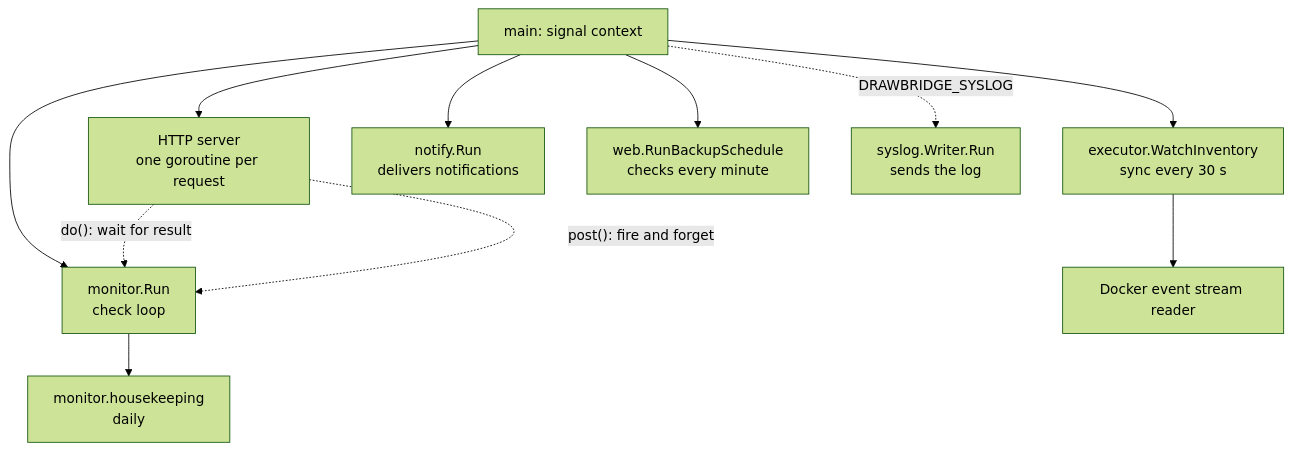
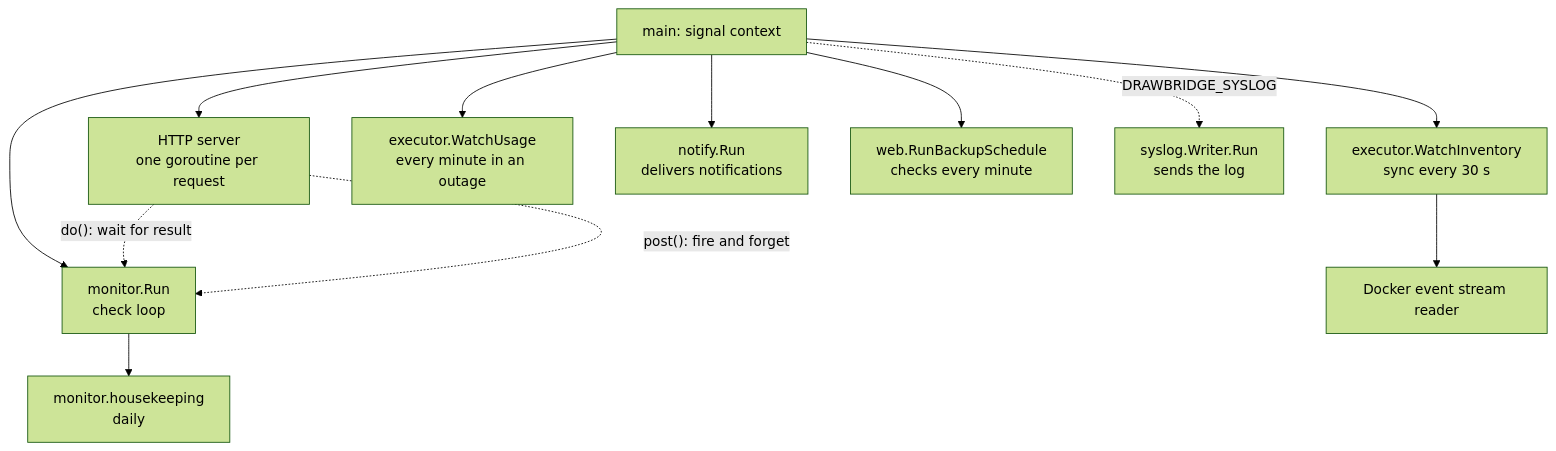
One commit to zjcochran/wan-drawbridge changed the second of 3 diagrams in docs/technical/architecture.md. Above: the diagram before and after it, drawn with Mermaid (forest theme). The commit also changed other lines of this file and 51 other files, not shown here.

````diff
--- a/docs/technical/architecture.md
+++ b/docs/technical/architecture.md
@@ -77,13 +77,14 @@
 ```mermaid
 flowchart TB
     main[main: signal context] --> http[HTTP server<br/>one goroutine per request]
     main --> loop[monitor.Run<br/>check loop]
     main --> inv[executor.WatchInventory<br/>sync every 30 s]
     inv --> ev[Docker event stream reader]
+    main --> use[executor.WatchUsage<br/>every minute in an outage]
     loop --> hk[monitor.housekeeping<br/>daily]
     main --> nt[notify.Run<br/>delivers notifications]
     main --> bs[web.RunBackupSchedule<br/>checks every minute]
     main -. DRAWBRIDGE_SYSLOG .-> sl[syslog.Writer.Run<br/>sends the log]
     http -. "do(): wait for result" .-> loop
     http -. "post(): fire and forget" .-> loop
 ```
````
